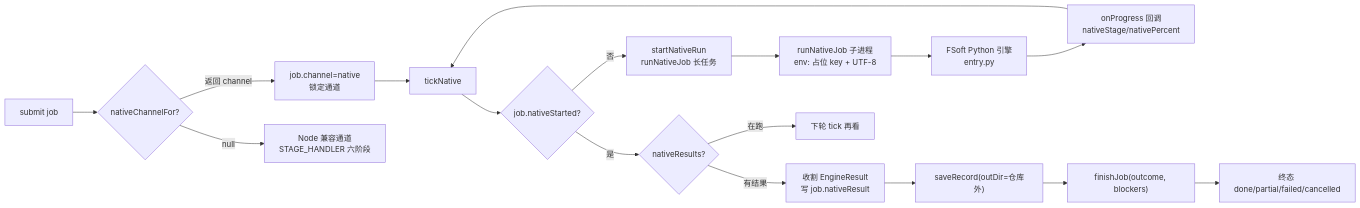
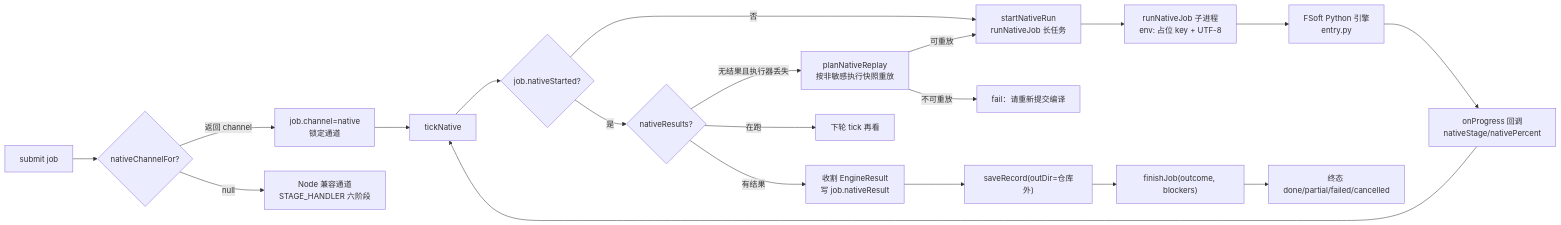
Before and after one commit to ikliml666/dsh-codewiki: the third of 6 diagrams in .codewiki/modules/core-entry.md, drawn with Mermaid. The commit also changed other lines of this file and 28 other files, not shown here.

````diff
--- a/.codewiki/modules/core-entry.md
+++ b/.codewiki/modules/core-entry.md
@@ -234,19 +234,22 @@
 ```mermaid
 flowchart LR
     Submit[submit job] --> Channel{"nativeChannelFor?"}
     Channel -->|返回 channel| NativeLock["job.channel=native<br/>锁定通道"]
     Channel -->|null| Legacy[Node 兼容通道<br/>STAGE_HANDLER 六阶段]
     NativeLock --> TickNative["tickNative"]
     TickNative --> Start{"job.nativeStarted?"}
     Start -->|否| Run["startNativeRun<br/>runNativeJob 长任务"]
     Start -->|是| Wait{"nativeResults?"}
+    Wait -->|无结果且执行器丢失| Replay["planNativeReplay<br/>按非敏感执行快照重放"]
+    Replay -->|可重放| Run
+    Replay -->|不可重放| Fail["fail：请重新提交编译"]
     Run --> Engine["runNativeJob 子进程<br/>env: 占位 key + UTF-8"]
     Engine --> EnginePy["FSoft Python 引擎<br/>entry.py"]
     EnginePy --> Progress["onProgress 回调<br/>nativeStage/nativePercent"]
     Progress --> TickNative
     Wait -->|有结果| Harvest["收割 EngineResult<br/>写 job.nativeResult"]
     Harvest --> Record["saveRecord(outDir=仓库外)"]
     Record --> Judge["finishJob(outcome, blockers)"]
     Judge --> Done[终态 done/partial/failed/cancelled]
     Wait -->|在跑| Skip[下轮 tick 再看]
 ```
````
